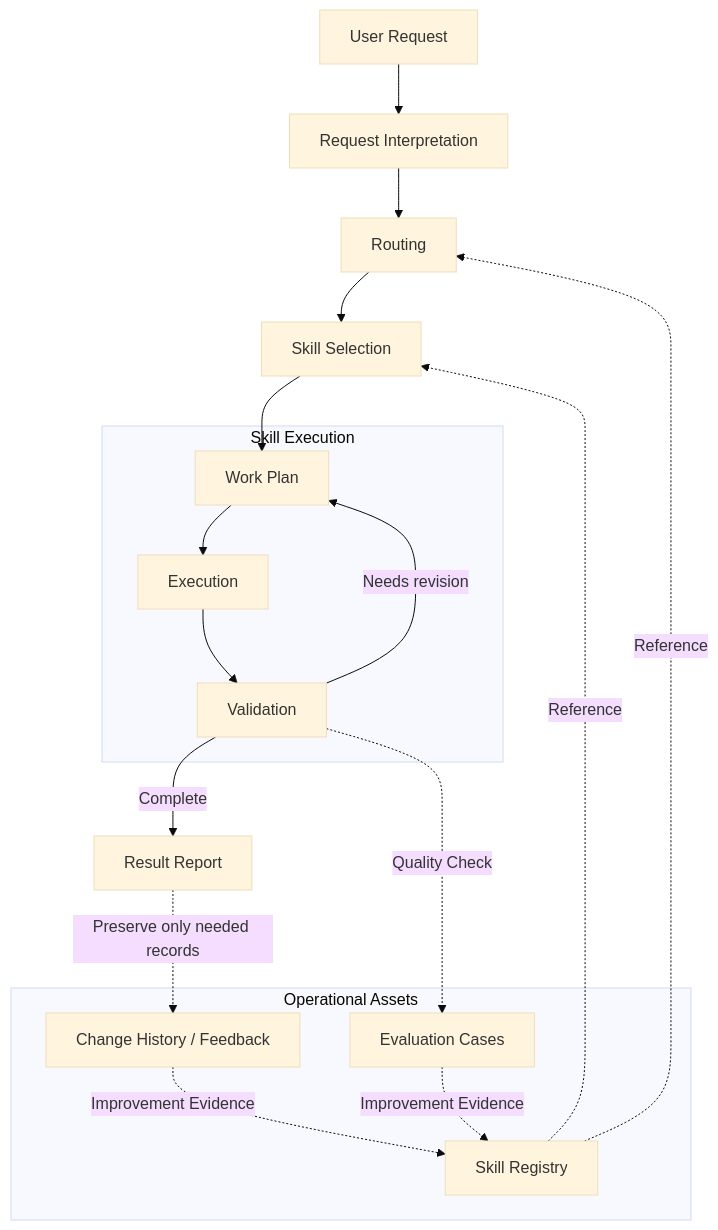
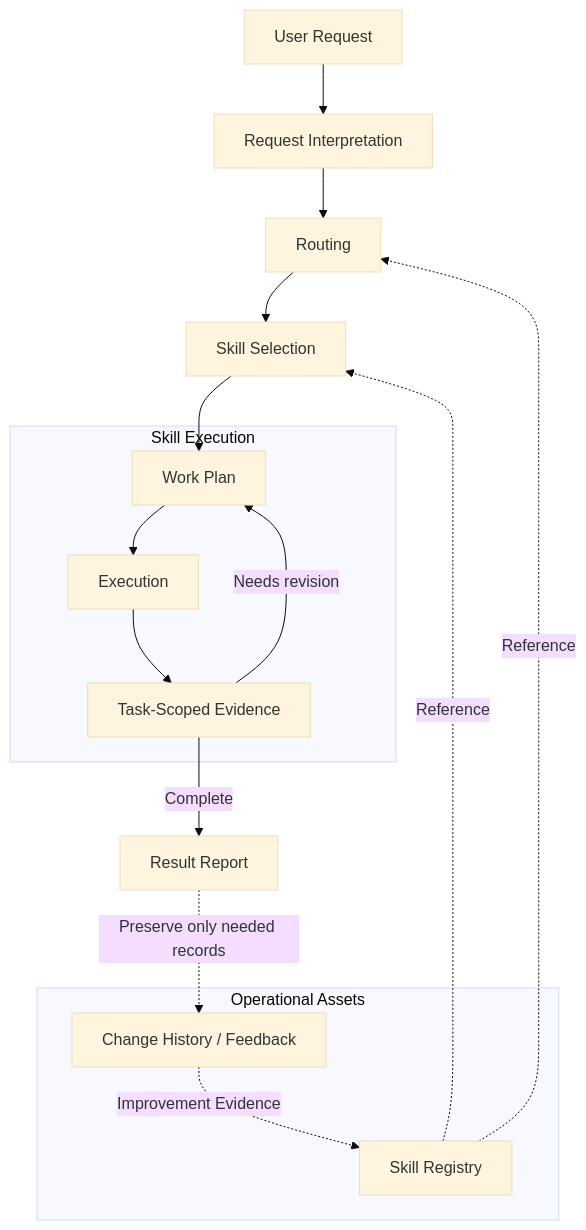
The diagram in README.md (jhan153/skill-system), drawn with Mermaid (base theme) before and after one commit. The commit also changed other lines of this file and 175 other files, not shown here.

````diff
--- a/README.md
+++ b/README.md
@@ -82,29 +82,26 @@
 ```mermaid
 flowchart TB
   A[User Request] --> B[Request Interpretation]
 
   B --> C[Routing]
   C --> D[Skill Selection]
   D --> E[Work Plan]
 
   subgraph S[Skill Execution]
     E --> F[Execution]
-    F --> G[Validation]
+    F --> G[Task-Scoped Evidence]
     G -- Needs revision --> E
   end
 
   G -- Complete --> H[Result Report]
 
   subgraph K[Operational Assets]
     R[Skill Registry]
-    V[Evaluation Cases]
     L[Change History / Feedback]
   end
 
   R -. Reference .-> C
   R -. Reference .-> D
-  G -. Quality Check .-> V
   H -. Preserve only needed records .-> L
-  V -. Improvement Evidence .-> R
   L -. Improvement Evidence .-> R
 ```
````
